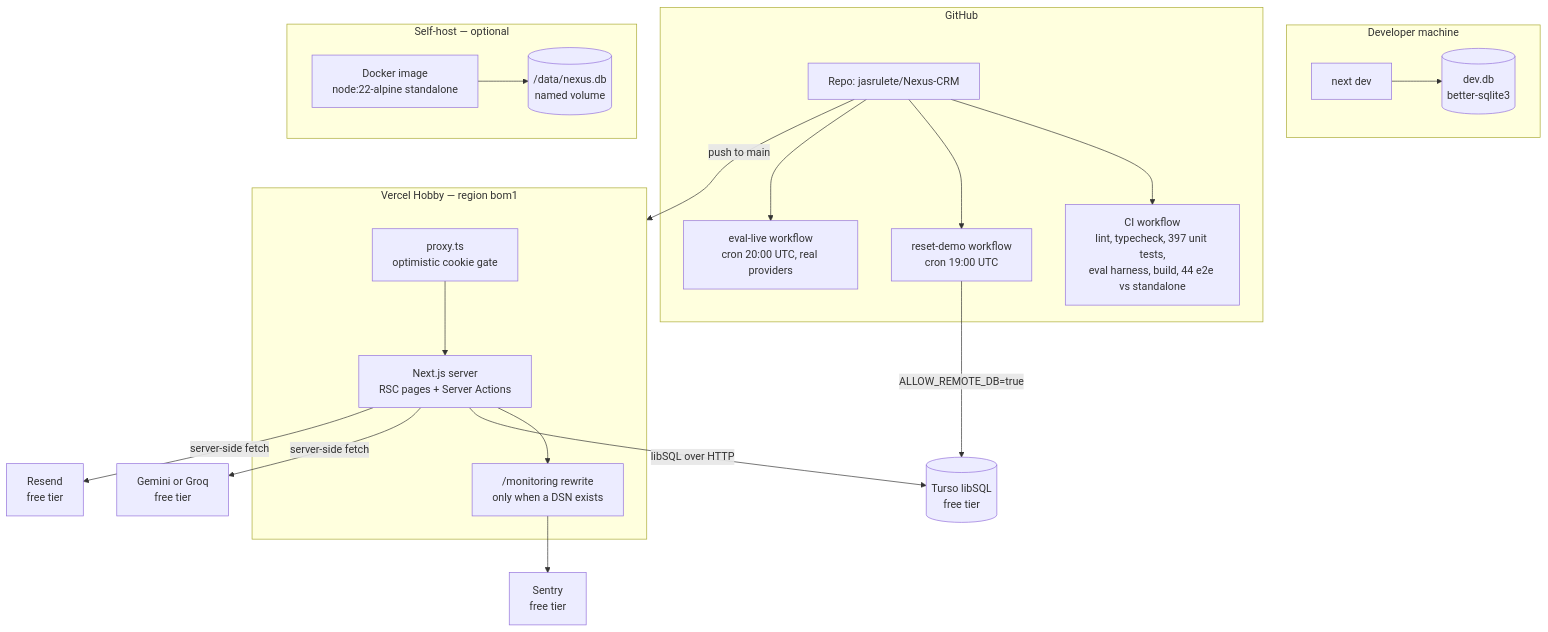
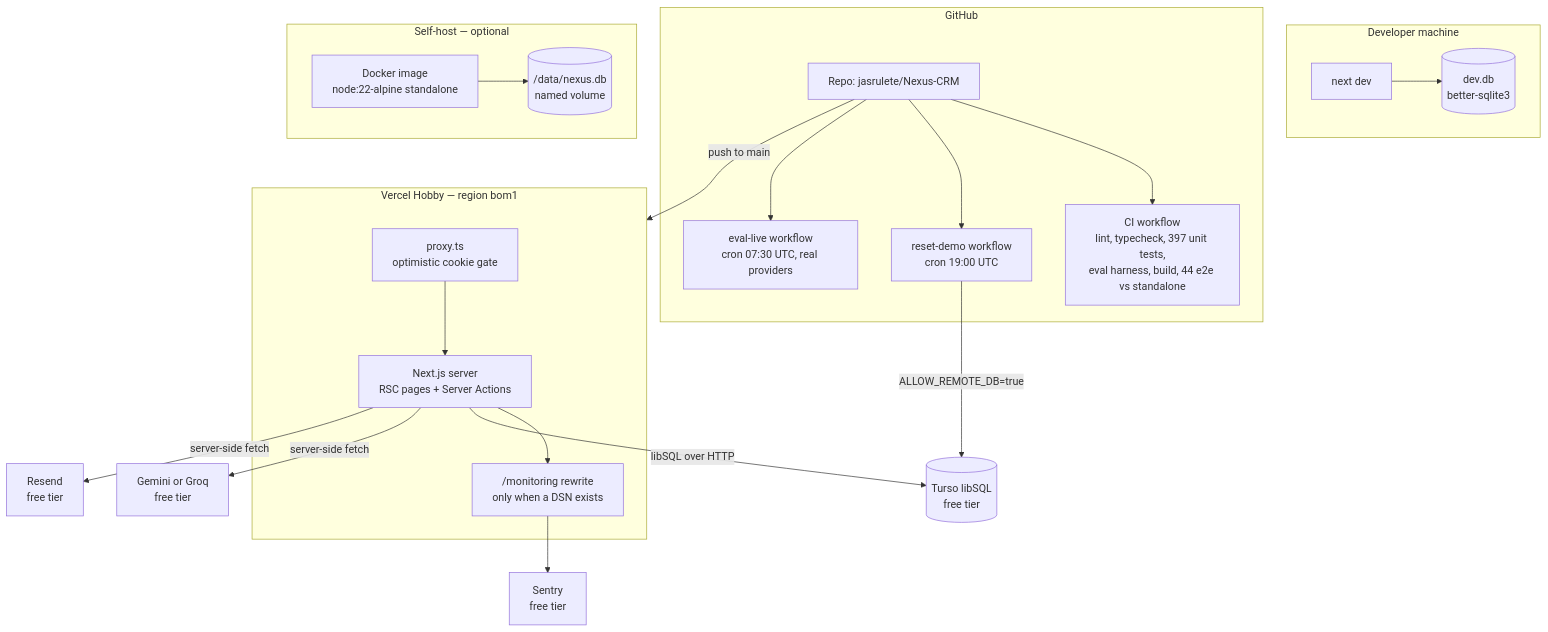
Before and after one commit to jasrulete/Nexus-CRM: the first of 2 diagrams in docs/TECHNICAL-DESIGN.md, drawn with Mermaid. The commit also changed 2 other files, not shown here.

Commit message:
ci(eval-live): run the nightly just after the Gemini daily quota resets
The first scheduled run (2026-09-06 21:47 UTC, cron 20:00) got five of
eighteen calls answered; the other thirteen were HTTP 429, including every
retry after a 15 s backoff, spread over five minutes. A per-minute limit
would have let later calls through; a steady 429 for the rest of a run is
an exhausted daily allowance. The day's quota had gone on daytime use, and
eighteen calls is most of the free daily allowance this project has seen.

Google resets that allowance at midnight Pacific, 07:00 UTC. The run now
starts at 07:30 UTC (15:30 in Manila) so it draws on a fresh day. Same
number of calls, same informational-only job; only the hour moves.

Decision D1 of the 2026-09-07 brief. Its second half - that the evaluation
key sits in its own Google Cloud project rather than production's, since
Gemini applies limits per project - is the owner's to check.

````diff
--- a/docs/TECHNICAL-DESIGN.md
+++ b/docs/TECHNICAL-DESIGN.md
@@ -82,44 +82,44 @@
 ```mermaid
 flowchart TB
     subgraph dev["Developer machine"]
         NEXTDEV["next dev"]
         FILE[("dev.db<br/>better-sqlite3")]
         NEXTDEV --> FILE
     end
 
     subgraph gh["GitHub"]
         REPO["Repo: jasrulete/Nexus-CRM"]
         CI["CI workflow<br/>lint, typecheck, 397 unit tests,<br/>eval harness, build, 44 e2e vs standalone"]
         RESET["reset-demo workflow<br/>cron 19:00 UTC"]
-        EVAL["eval-live workflow<br/>cron 20:00 UTC, real providers"]
+        EVAL["eval-live workflow<br/>cron 07:30 UTC, real providers"]
         REPO --> CI
         REPO --> RESET
         REPO --> EVAL
     end
 
     subgraph vercel["Vercel Hobby — region bom1"]
         PROXY["proxy.ts<br/>optimistic cookie gate"]
         APP["Next.js server<br/>RSC pages + Server Actions"]
         TUNNEL["/monitoring rewrite<br/>only when a DSN exists"]
         PROXY --> APP
         APP --> TUNNEL
     end
 
     subgraph selfhost["Self-host — optional"]
         DOCKER["Docker image<br/>node:22-alpine standalone"]
         VOL[("/data/nexus.db<br/>named volume")]
         DOCKER --> VOL
     end
 
     TURSO[("Turso libSQL<br/>free tier")]
     AI["Gemini or Groq<br/>free tier"]
     RESEND["Resend<br/>free tier"]
     SENTRY["Sentry<br/>free tier"]
 
     REPO -- "push to main" --> vercel
     APP -- "libSQL over HTTP" --> TURSO
     RESET -- "ALLOW_REMOTE_DB=true" --> TURSO
     APP -- "server-side fetch" --> AI
     APP -- "server-side fetch" --> RESEND
     TUNNEL --> SENTRY
 ```
````
